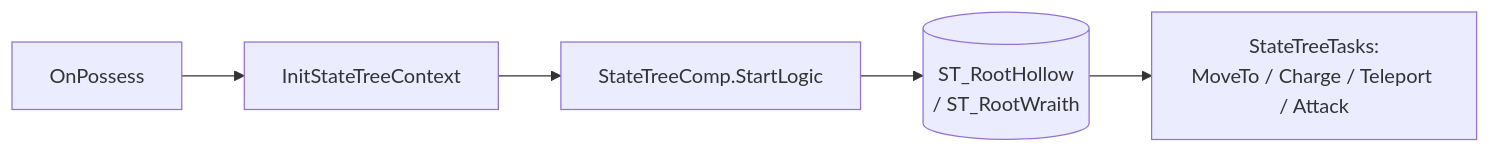
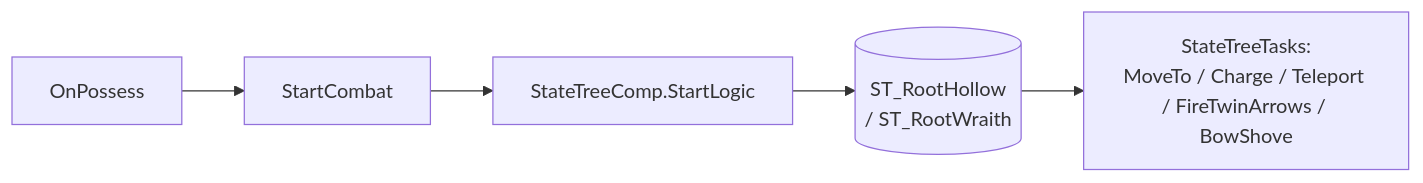
One commit to seongwon1579/ProjectBlackout changed the second of 4 diagrams in Docs/AI_Boss/02_AI_Controllers.md. Above: the diagram before and after it, drawn with Mermaid. The commit also changed other lines of this file and 29 other files, not shown here.

````diff
--- a/Docs/AI_Boss/02_AI_Controllers.md
+++ b/Docs/AI_Boss/02_AI_Controllers.md
@@ -55,7 +75,7 @@
 ```mermaid
 flowchart LR
-    Possess[OnPossess] --> InitST[InitStateTreeContext]
-    InitST --> StartST[StateTreeComp.StartLogic]
+    Possess[OnPossess] --> StartCombat[StartCombat]
+    StartCombat --> StartST[StateTreeComp.StartLogic]
     StartST --> MinionST[(ST_RootHollow<br/>/ ST_RootWraith)]
-    MinionST --> Tasks[StateTreeTasks:<br/>MoveTo / Charge / Teleport / Attack]
+    MinionST --> Tasks[StateTreeTasks:<br/>MoveTo / Charge / Teleport / FireTwinArrows / BowShove]
 ```
````
